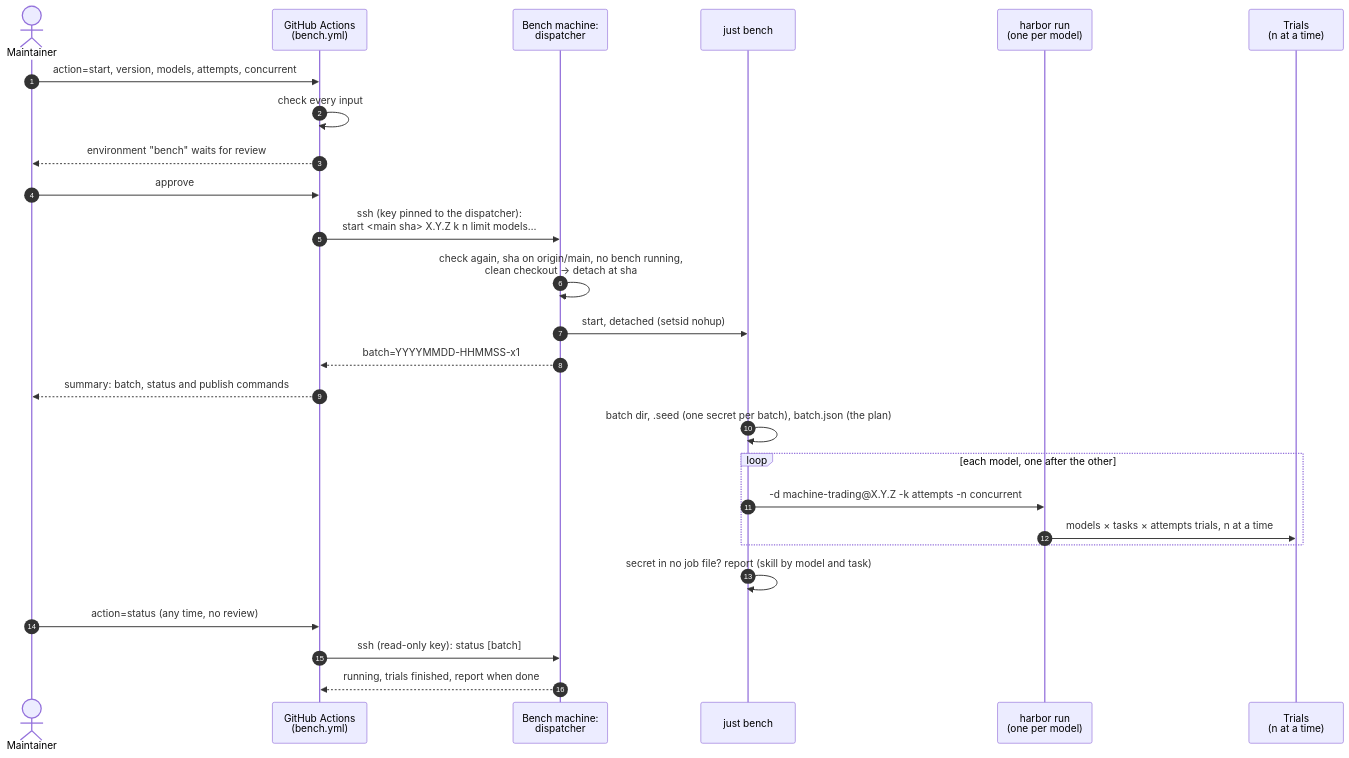
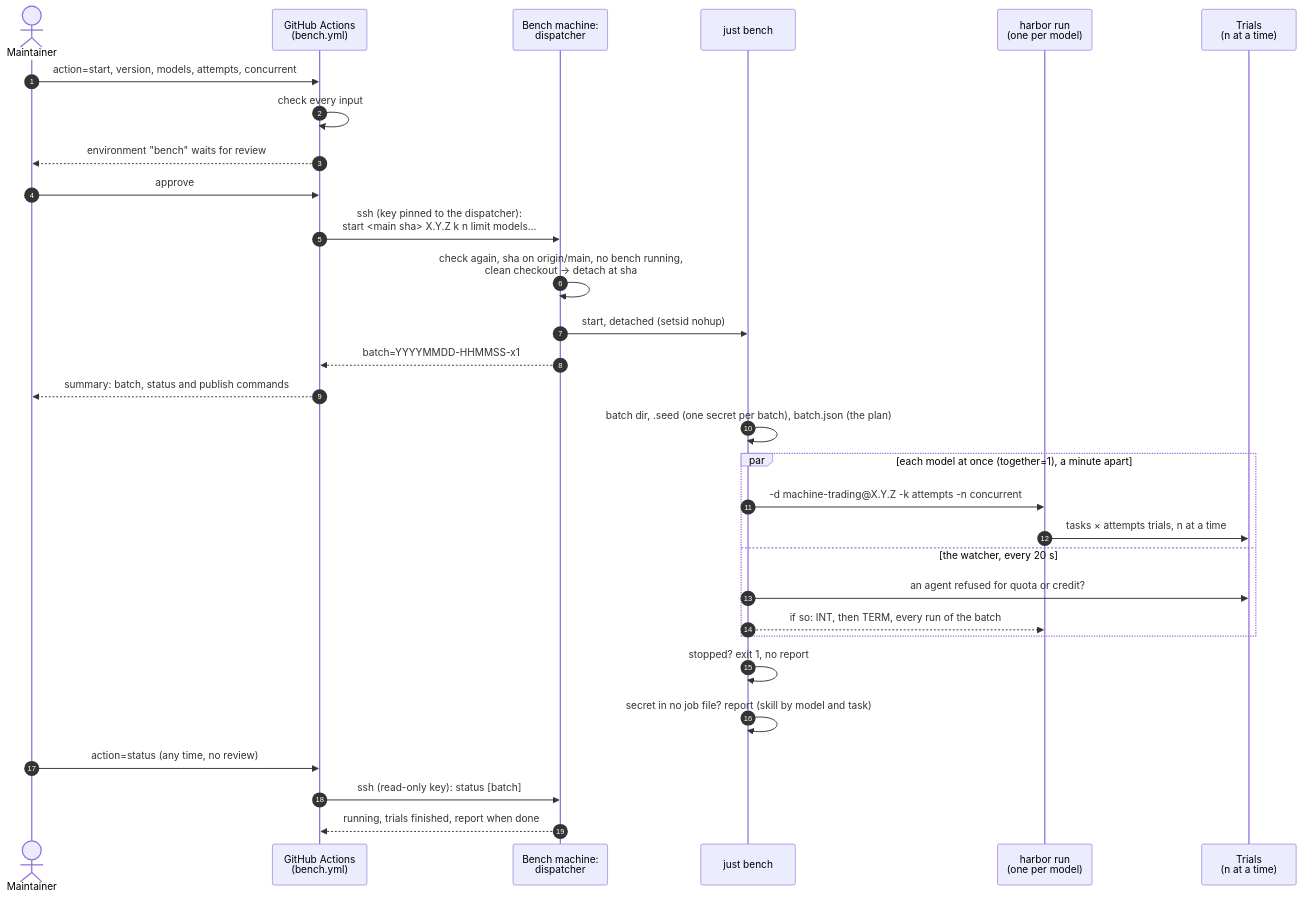
The third of 5 diagrams in docs/automation.md (lgalabru/machine-trading), drawn with Mermaid before and after one commit. The commit also changed other lines of this file and 2 other files, not shown here.

First line of the commit message:
feat(bench): stop a batch at the first quota refusal, and run its models at once

````diff
--- a/docs/automation.md
+++ b/docs/automation.md
@@ -95,29 +95,33 @@
 ```mermaid
 sequenceDiagram
   autonumber
   actor Dev as Maintainer
   participant GH as GitHub Actions<br/>(bench.yml)
   participant D as Bench machine:<br/>dispatcher
   participant J as just bench
   participant HB as harbor run<br/>(one per model)
   participant T as Trials<br/>(n at a time)
 
   Dev->>GH: action=start, version, models, attempts, concurrent
   GH->>GH: check every input
   GH-->>Dev: environment "bench" waits for review
   Dev->>GH: approve
   GH->>D: ssh (key pinned to the dispatcher):<br/>start <main sha> X.Y.Z k n limit models…
   D->>D: check again, sha on origin/main, no bench running,<br/>clean checkout → detach at sha
   D->>J: start, detached (setsid nohup)
   D-->>GH: batch=YYYYMMDD-HHMMSS-x1
   GH-->>Dev: summary: batch, status and publish commands
   J->>J: batch dir, .seed (one secret per batch), batch.json (the plan)
-  loop each model, one after the other
+  par each model at once (together=1), a minute apart
     J->>HB: -d machine-trading@X.Y.Z -k attempts -n concurrent
-    HB->>T: models × tasks × attempts trials, n at a time
+    HB->>T: tasks × attempts trials, n at a time
+  and the watcher, every 20 s
+    J->>T: an agent refused for quota or credit?
+    J-->>HB: if so: INT, then TERM, every run of the batch
   end
+  J->>J: stopped? exit 1, no report
   J->>J: secret in no job file? report (skill by model and task)
   Dev->>GH: action=status (any time, no review)
   GH->>D: ssh (read-only key): status [batch]
   D-->>GH: running, trials finished, report when done
 ```
````
